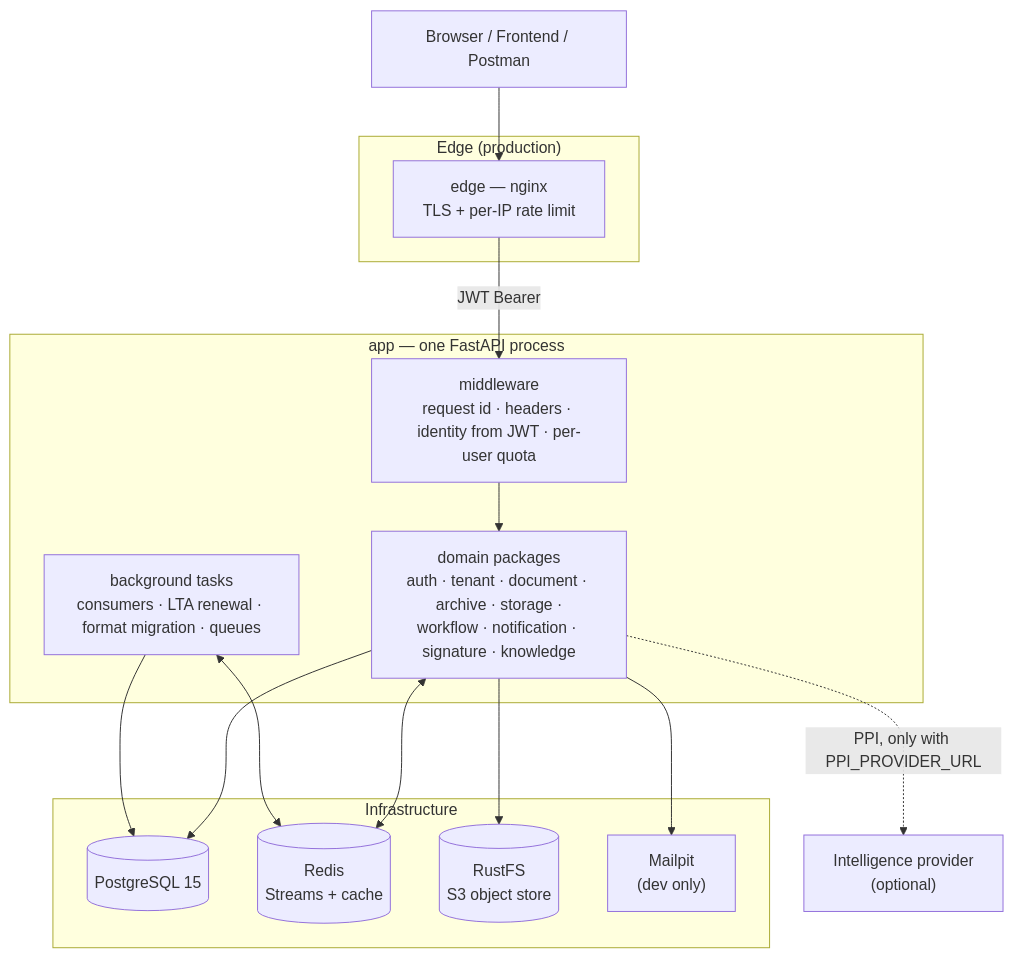
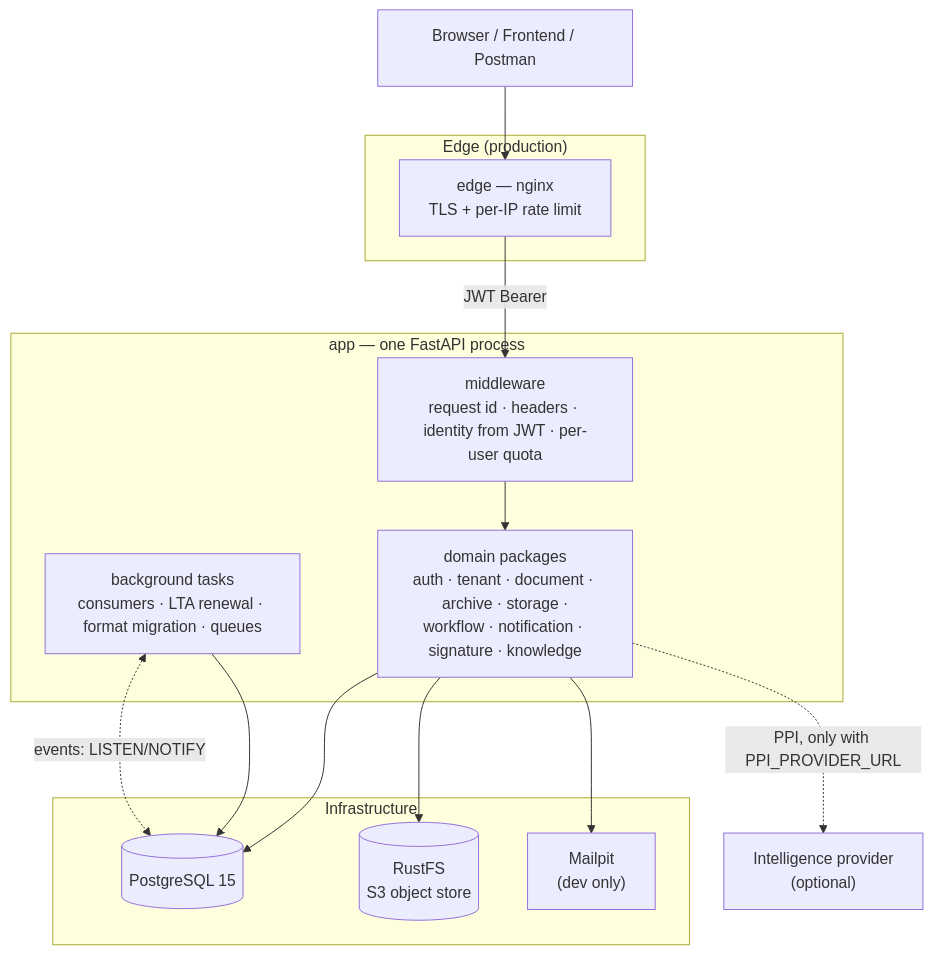
Before and after one commit to camilo1rp/docuboto: the first of 4 diagrams in docs/en/architecture.md, drawn with Mermaid. The commit also changed other lines of this file and 41 other files, not shown here.

````diff
--- a/docs/en/architecture.md
+++ b/docs/en/architecture.md
@@ -16,32 +16,30 @@
 ```mermaid
 graph TB
     Cliente["Browser / Frontend / Postman"]
 
     subgraph borde["Edge (production)"]
         EDGE["edge — nginx<br/>TLS + per-IP rate limit"]
     end
 
     subgraph app["app — one FastAPI process"]
         MW["middleware<br/>request id · headers · identity from JWT · per-user quota"]
         DOM["domain packages<br/>auth · tenant · document · archive · storage ·<br/>workflow · notification · signature · knowledge"]
         BG["background tasks<br/>consumers · LTA renewal · format migration · queues"]
         MW --> DOM
     end
 
     subgraph infra["Infrastructure"]
         PG[("PostgreSQL 15")]
-        REDIS[("Redis<br/>Streams + cache")]
         MINIO[("RustFS<br/>S3 object store")]
         MAIL["Mailpit<br/>(dev only)"]
     end
 
     Cliente --> EDGE
     EDGE -->|JWT Bearer| MW
     DOM --> PG
     BG --> PG
-    DOM <--> REDIS
-    BG <--> REDIS
+    BG <-.->|events: LISTEN/NOTIFY| PG
     DOM --> MINIO
     DOM --> MAIL
     DOM -.->|PPI, only with PPI_PROVIDER_URL| PPI["Intelligence provider<br/>(optional)"]
 ```
````
